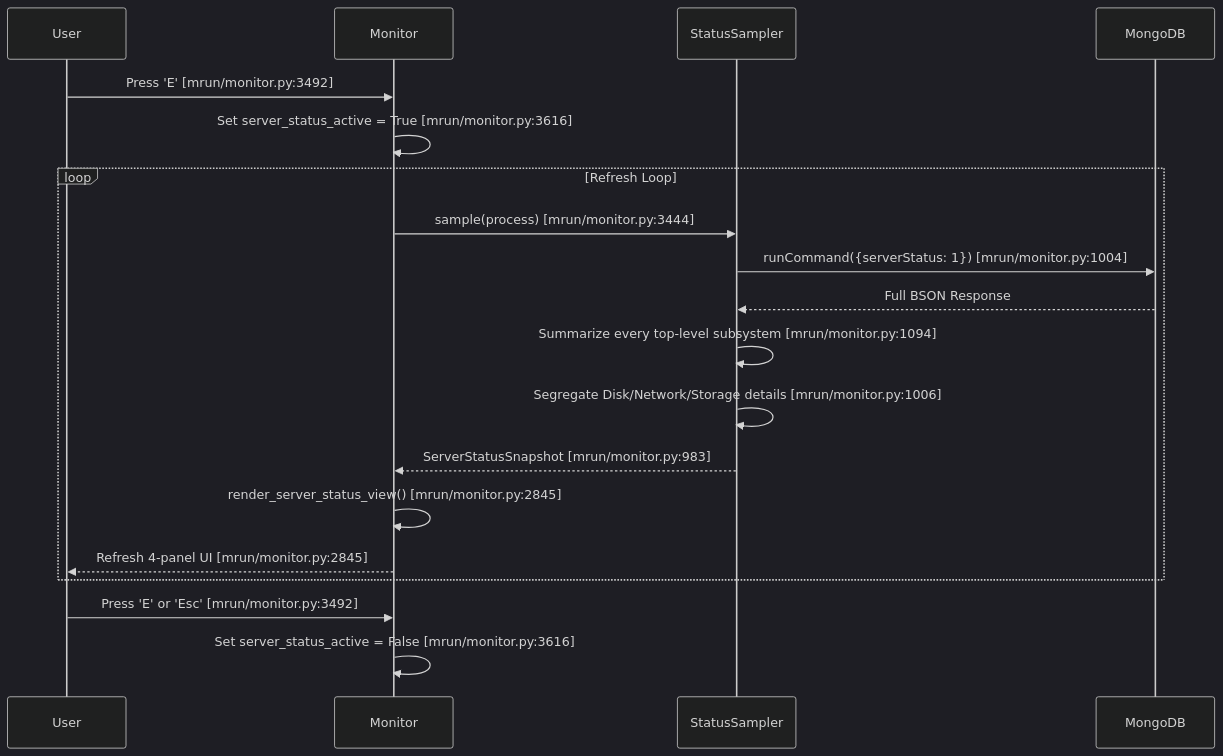
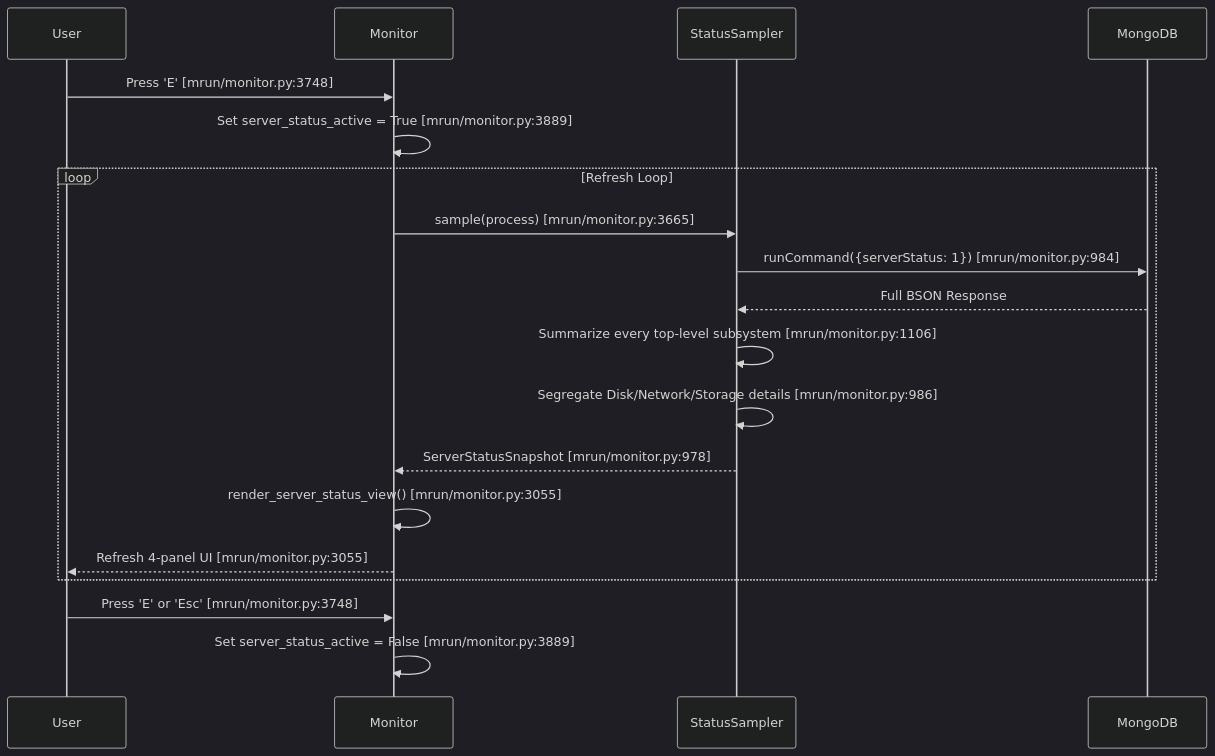
Before and after one commit to mongodb/mlaunch: the fifth of 12 diagrams in doc/feature-monitor-guide.md, drawn with Mermaid (dark theme). The commit also changed other lines of this file and 2 other files, not shown here.

Commit message:
docs: document monitor table and current op controls

````diff
--- a/doc/feature-monitor-guide.md
+++ b/doc/feature-monitor-guide.md
@@ -514,22 +534,22 @@
 ```mermaid
 sequenceDiagram
     participant User
     participant Monitor
     participant StatusSampler
     participant Mongo as MongoDB
 
-    User->>Monitor: Press 'E' [mrun/monitor.py:3492]
-    Monitor->>Monitor: Set server_status_active = True [mrun/monitor.py:3616]
+    User->>Monitor: Press 'E' [mrun/monitor.py:3748]
+    Monitor->>Monitor: Set server_status_active = True [mrun/monitor.py:3889]
     loop Refresh Loop
-        Monitor->>StatusSampler: sample(process) [mrun/monitor.py:3444]
-        StatusSampler->>Mongo: runCommand({serverStatus: 1}) [mrun/monitor.py:1004]
+        Monitor->>StatusSampler: sample(process) [mrun/monitor.py:3665]
+        StatusSampler->>Mongo: runCommand({serverStatus: 1}) [mrun/monitor.py:984]
         Mongo-->>StatusSampler: Full BSON Response
-        StatusSampler->>StatusSampler: Summarize every top-level subsystem [mrun/monitor.py:1094]
-        StatusSampler->>StatusSampler: Segregate Disk/Network/Storage details [mrun/monitor.py:1006]
-        StatusSampler-->>Monitor: ServerStatusSnapshot [mrun/monitor.py:983]
-        Monitor->>Monitor: render_server_status_view() [mrun/monitor.py:2845]
-        Monitor-->>User: Refresh 4-panel UI [mrun/monitor.py:2845]
+        StatusSampler->>StatusSampler: Summarize every top-level subsystem [mrun/monitor.py:1106]
+        StatusSampler->>StatusSampler: Segregate Disk/Network/Storage details [mrun/monitor.py:986]
+        StatusSampler-->>Monitor: ServerStatusSnapshot [mrun/monitor.py:978]
+        Monitor->>Monitor: render_server_status_view() [mrun/monitor.py:3055]
+        Monitor-->>User: Refresh 4-panel UI [mrun/monitor.py:3055]
     end
-    User->>Monitor: Press 'E' or 'Esc' [mrun/monitor.py:3492]
-    Monitor->>Monitor: Set server_status_active = False [mrun/monitor.py:3616]
+    User->>Monitor: Press 'E' or 'Esc' [mrun/monitor.py:3748]
+    Monitor->>Monitor: Set server_status_active = False [mrun/monitor.py:3889]
 ```
````
